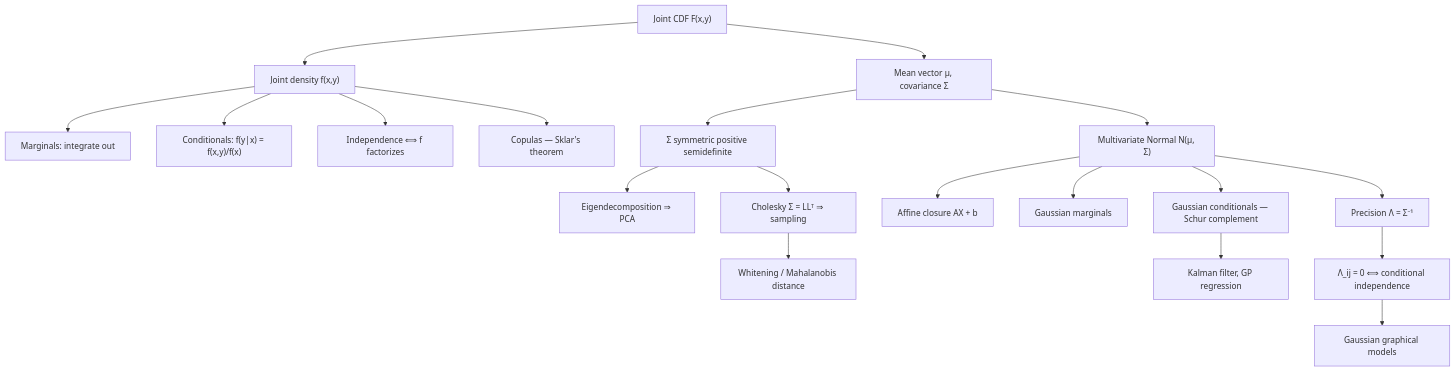
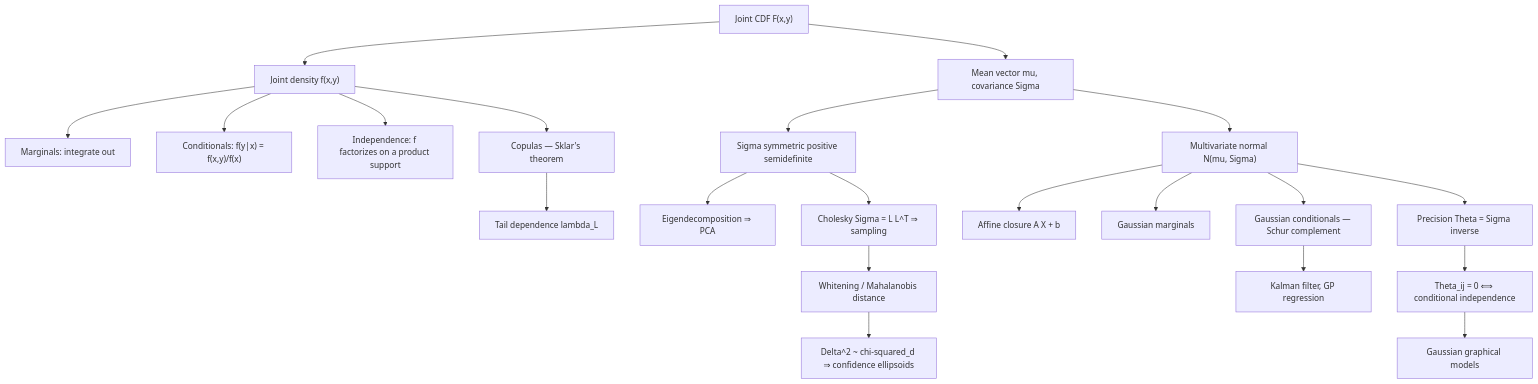
Before and after one commit to hien078/applied-mathematics-foundation: the diagram in probability_statistics/07_joint_distributions_and_multivariate_normal/README.md, drawn with Mermaid. The commit also changed other lines of this file and 9 other files, not shown here.

````diff
--- a/probability_statistics/07_joint_distributions_and_multivariate_normal/README.md
+++ b/probability_statistics/07_joint_distributions_and_multivariate_normal/README.md
@@ -24,21 +40,23 @@
 ```mermaid
 graph TD
     A["Joint CDF F(x,y)"] --> B["Joint density f(x,y)"]
     B --> C["Marginals: integrate out"]
     B --> D["Conditionals: f(y|x) = f(x,y)/f(x)"]
-    B --> E["Independence ⟺ f factorizes"]
+    B --> E["Independence: f factorizes on a product support"]
     B --> F["Copulas — Sklar's theorem"]
-    A --> G["Mean vector μ, covariance Σ"]
-    G --> H["Σ symmetric positive semidefinite"]
+    F --> T["Tail dependence lambda_L"]
+    A --> G["Mean vector mu, covariance Sigma"]
+    G --> H["Sigma symmetric positive semidefinite"]
     H --> I["Eigendecomposition ⇒ PCA"]
-    H --> J["Cholesky Σ = LLᵀ ⇒ sampling"]
+    H --> J["Cholesky Sigma = L L^T ⇒ sampling"]
     J --> K["Whitening / Mahalanobis distance"]
-    G --> L["Multivariate Normal N(μ, Σ)"]
-    L --> M["Affine closure AX + b"]
+    K --> M2["Delta^2 ~ chi-squared_d ⇒ confidence ellipsoids"]
+    G --> L["Multivariate normal N(mu, Sigma)"]
+    L --> M["Affine closure A X + b"]
     L --> N["Gaussian marginals"]
     L --> O["Gaussian conditionals — Schur complement"]
     O --> P["Kalman filter, GP regression"]
-    L --> Q["Precision Λ = Σ⁻¹"]
-    Q --> R["Λ_ij = 0 ⟺ conditional independence"]
+    L --> Q["Precision Theta = Sigma inverse"]
+    Q --> R["Theta_ij = 0 ⟺ conditional independence"]
     R --> S["Gaussian graphical models"]
 ```
````
